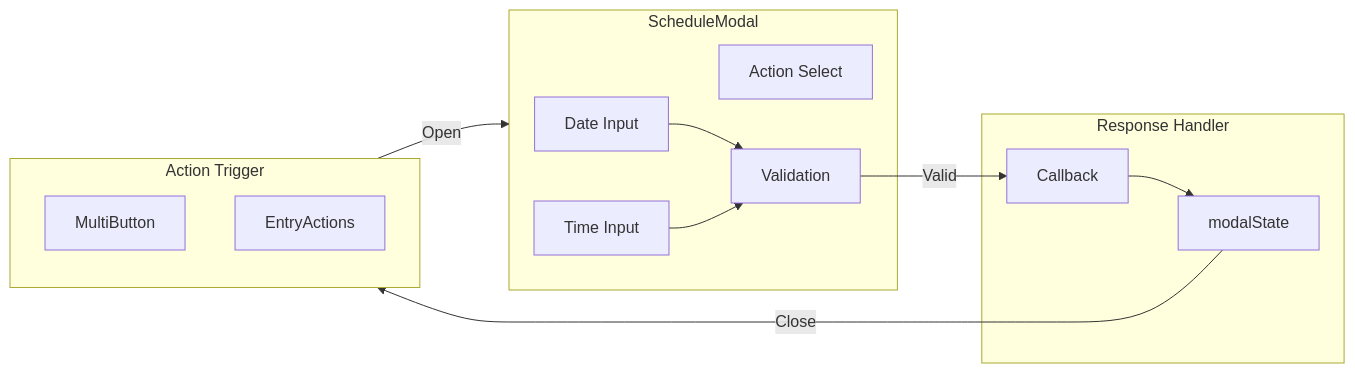
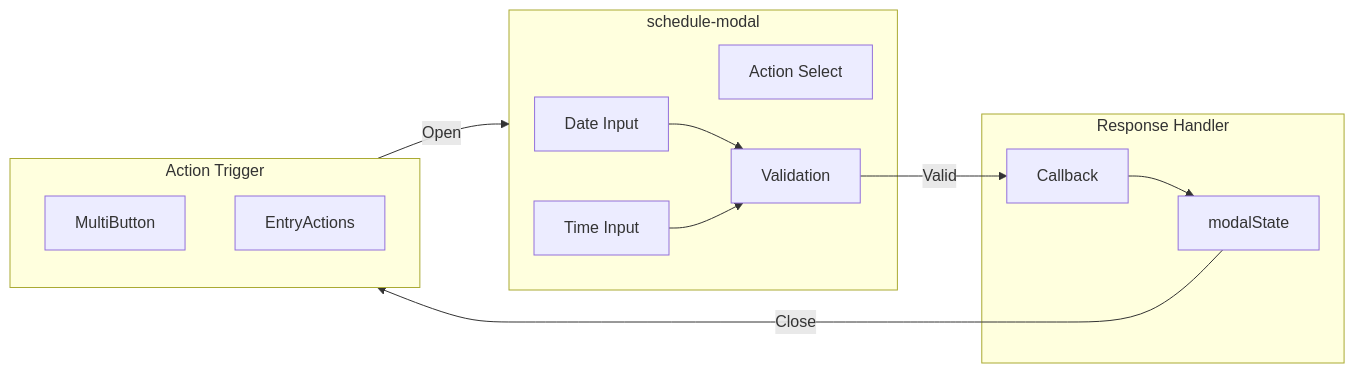
Before and after one commit to SveltyCMS/SveltyCMS: the first of 2 diagrams in docs/architecture/components/ScheduleModal.mdx, drawn with Mermaid. The commit also changed other lines of this file and 353 other files, not shown here.

````diff
--- a/docs/architecture/components/ScheduleModal.mdx
+++ b/docs/architecture/components/ScheduleModal.mdx
@@ -25,26 +25,26 @@
 ```mermaid
 flowchart LR
     subgraph Trigger["Action Trigger"]
         MB[MultiButton]
         EA[EntryActions]
     end
 
-    subgraph Modal["ScheduleModal"]
+    subgraph Modal["schedule-modal"]
         DI[Date Input]
         TI[Time Input]
         AS[Action Select]
         VL[Validation]
     end
 
     subgraph Response["Response Handler"]
         MS[modalState]
         CB[Callback]
     end
 
     Trigger -->|Open| Modal
     DI --> VL
     TI --> VL
     VL -->|Valid| CB
     CB --> MS
     MS -->|Close| Trigger
 ```
````
